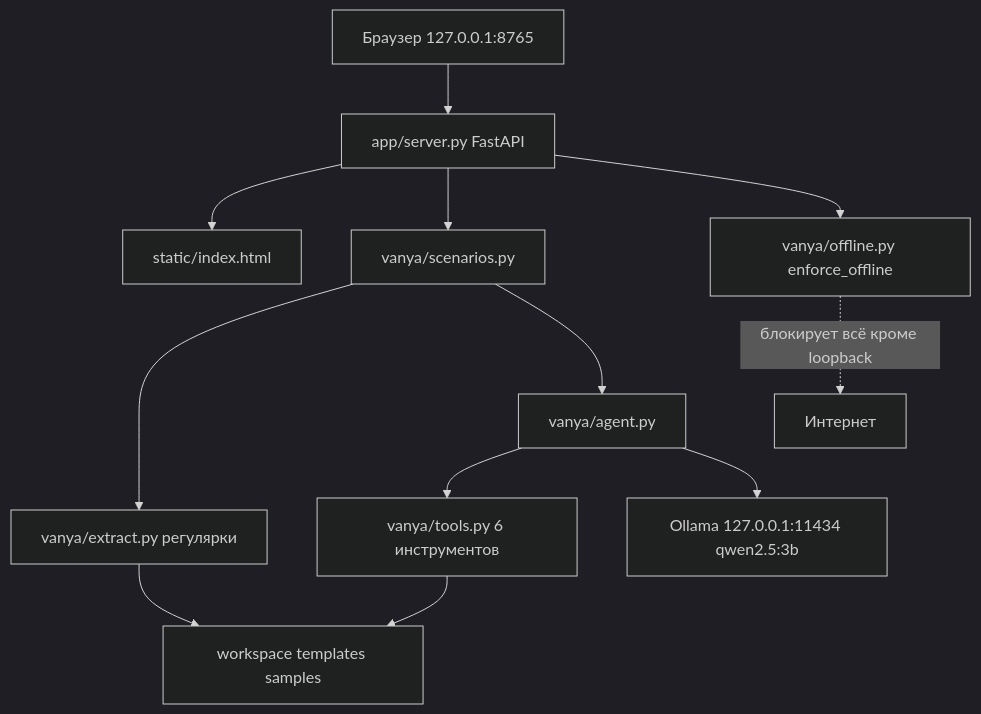
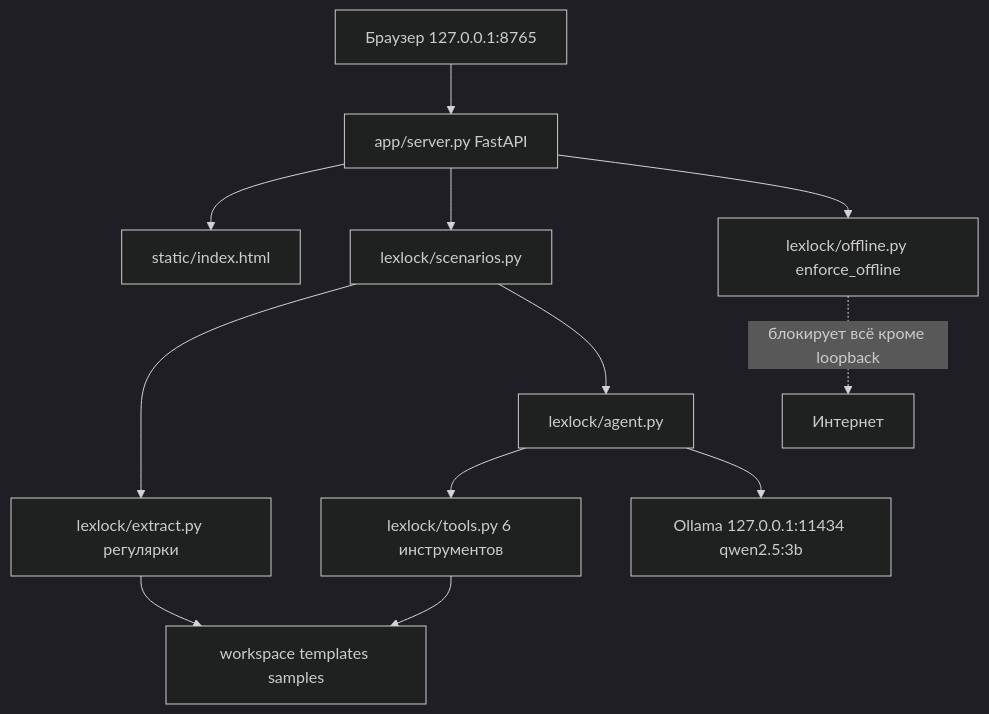
Before and after one commit to workihi53-max/lexlock: the diagram in AGENTS.md, drawn with Mermaid (dark theme). The commit also changed other lines of this file and 53 other files, not shown here.

First line of the commit message:
feat: переименование в «ЛексЛок», фикс Windows-установщика, README со схемой

````diff
--- a/AGENTS.md
+++ b/AGENTS.md
@@ -93,14 +93,14 @@
 ```mermaid
 graph TD
     B["Браузер 127.0.0.1:8765"] --> S["app/server.py FastAPI"]
     S --> P["static/index.html"]
-    S --> SC["vanya/scenarios.py"]
-    SC --> EX["vanya/extract.py регулярки"]
-    SC --> AG["vanya/agent.py"]
-    AG --> T["vanya/tools.py 6 инструментов"]
+    S --> SC["lexlock/scenarios.py"]
+    SC --> EX["lexlock/extract.py регулярки"]
+    SC --> AG["lexlock/agent.py"]
+    AG --> T["lexlock/tools.py 6 инструментов"]
     AG --> O["Ollama 127.0.0.1:11434 qwen2.5:3b"]
     T --> W["workspace templates samples"]
     EX --> W
-    S --> OFF["vanya/offline.py enforce_offline"]
+    S --> OFF["lexlock/offline.py enforce_offline"]
     OFF -. "блокирует всё кроме loopback" .-> NET["Интернет"]
 ```
````
